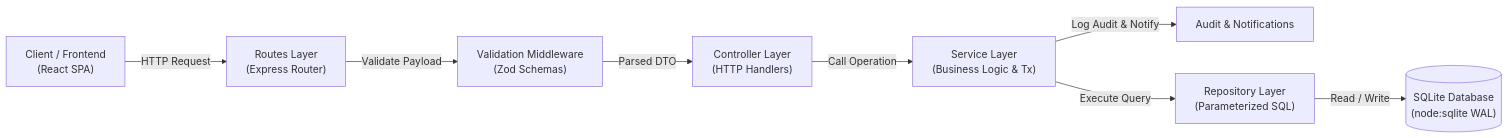
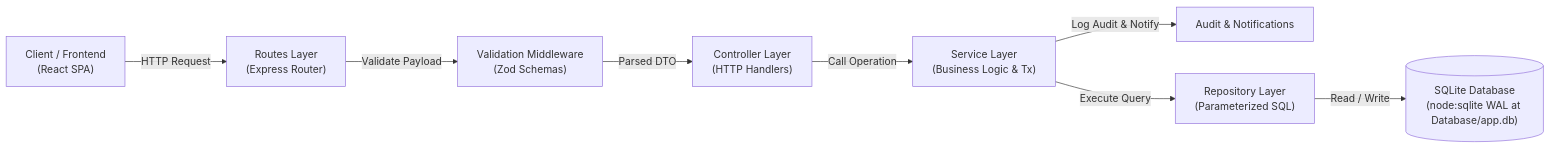
Before and after one commit to J3SS25/MCTED: the second of 2 diagrams in Development/Documentation/Architecture.md, drawn with Mermaid. The commit also changed other lines of this file and 28 other files, not shown here.

````diff
--- a/Development/Documentation/Architecture.md
+++ b/Development/Documentation/Architecture.md
@@ -53,10 +55,10 @@
 ```mermaid
 flowchart LR
     Client["Client / Frontend<br/>(React SPA)"] -->|HTTP Request| Route["Routes Layer<br/>(Express Router)"]
     Route -->|Validate Payload| Val["Validation Middleware<br/>(Zod Schemas)"]
     Val -->|Parsed DTO| Ctrl["Controller Layer<br/>(HTTP Handlers)"]
     Ctrl -->|Call Operation| Svc["Service Layer<br/>(Business Logic & Tx)"]
     Svc -->|Log Audit & Notify| Side["Audit & Notifications"]
     Svc -->|Execute Query| Repo["Repository Layer<br/>(Parameterized SQL)"]
-    Repo -->|Read / Write| DB[("SQLite Database<br/>(node:sqlite WAL)")]
+    Repo -->|Read / Write| DB[("SQLite Database<br/>(node:sqlite WAL at Database/app.db)")]
 ```
````
